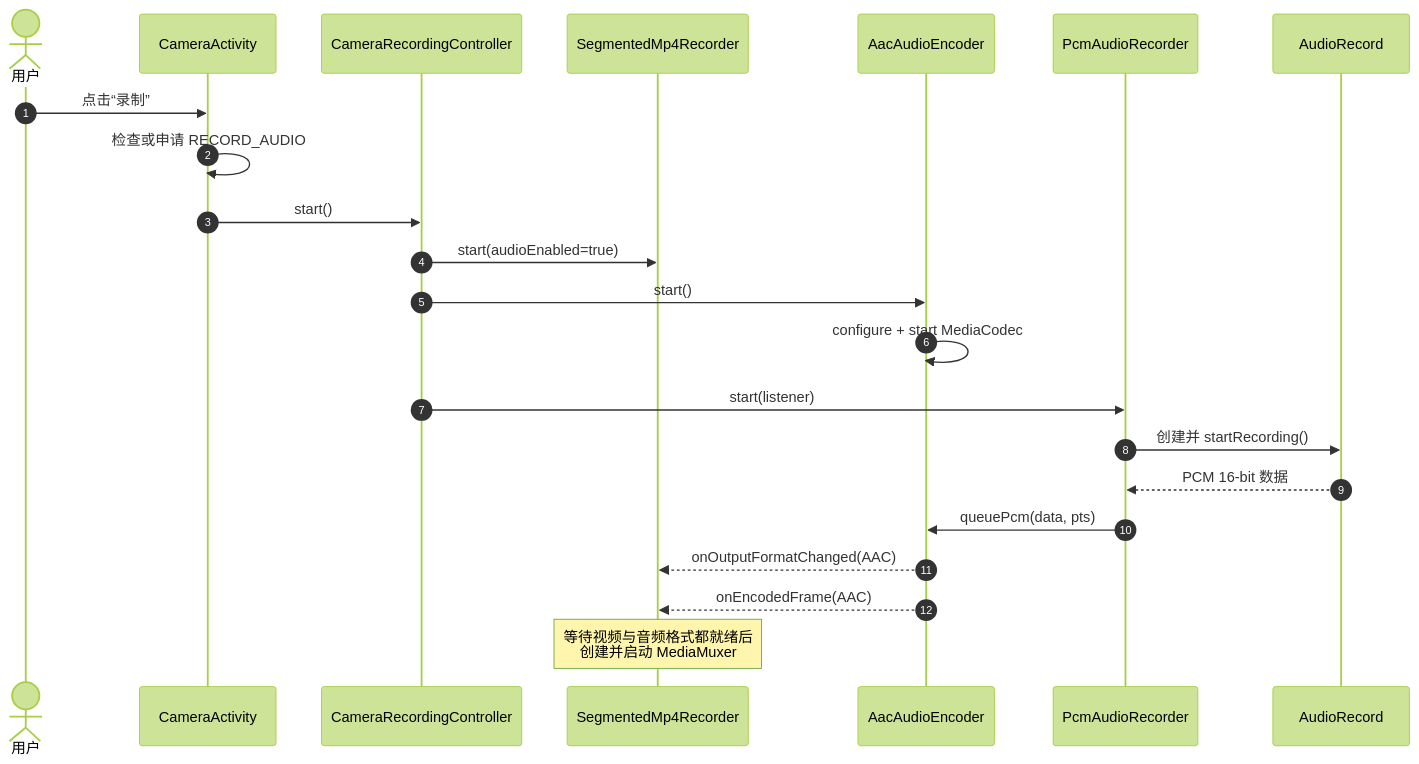
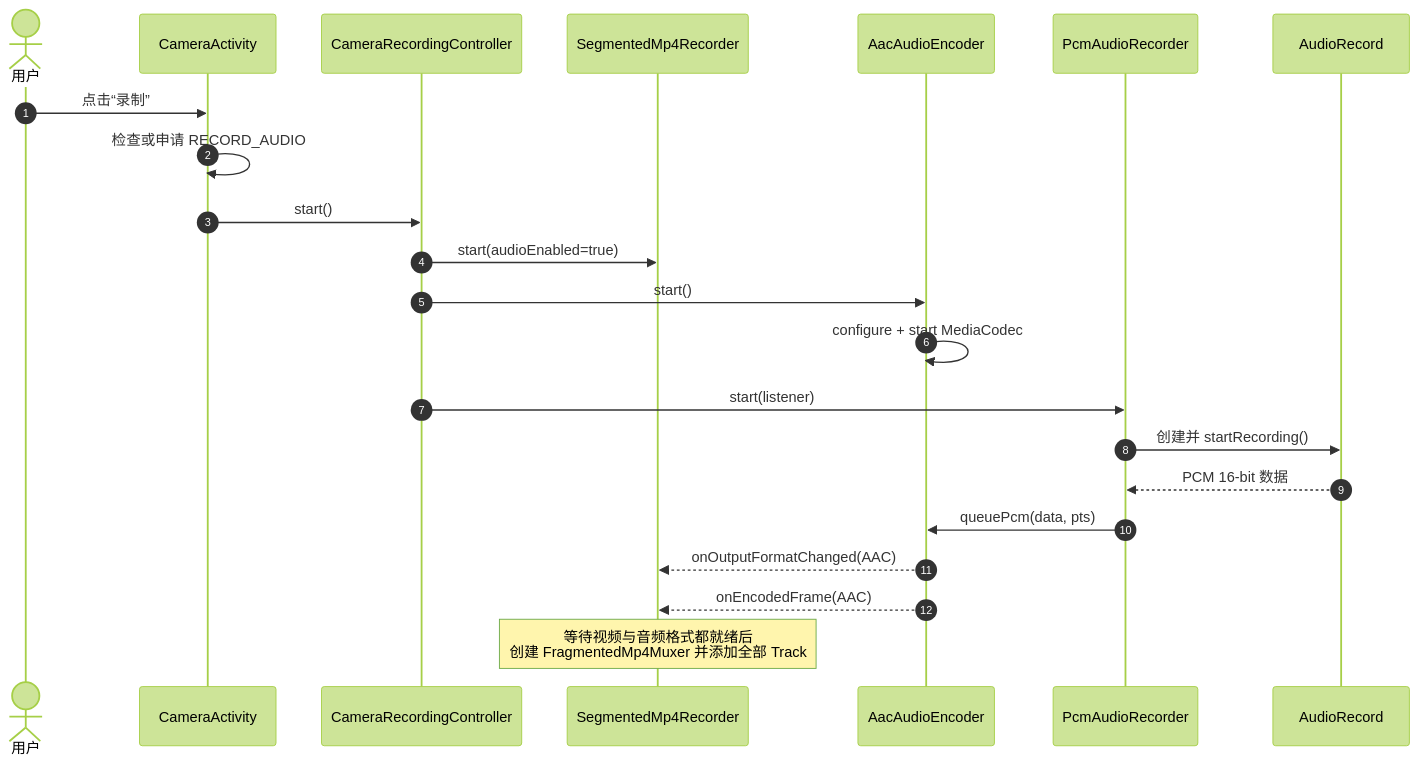
The fourth of 8 diagrams in docs/aac-recording-architecture.md (songzhixiang/BestScaffold), drawn with Mermaid (forest theme) before and after one commit. The commit also changed other lines of this file and 9 other files, not shown here.

````diff
--- a/docs/aac-recording-architecture.md
+++ b/docs/aac-recording-architecture.md
@@ -171,25 +171,25 @@
 ```mermaid
 sequenceDiagram
     autonumber
     actor User as 用户
     participant UI as CameraActivity
     participant RC as CameraRecordingController
     participant Mux as SegmentedMp4Recorder
     participant AAC as AacAudioEncoder
     participant PCM as PcmAudioRecorder
     participant AR as AudioRecord
 
     User->>UI: 点击“录制”
     UI->>UI: 检查或申请 RECORD_AUDIO
     UI->>RC: start()
     RC->>Mux: start(audioEnabled=true)
     RC->>AAC: start()
     AAC->>AAC: configure + start MediaCodec
     RC->>PCM: start(listener)
     PCM->>AR: 创建并 startRecording()
     AR-->>PCM: PCM 16-bit 数据
     PCM->>AAC: queuePcm(data, pts)
     AAC-->>Mux: onOutputFormatChanged(AAC)
     AAC-->>Mux: onEncodedFrame(AAC)
-    Note over Mux: 等待视频与音频格式都就绪后<br/>创建并启动 MediaMuxer
+    Note over Mux: 等待视频与音频格式都就绪后<br/>创建 FragmentedMp4Muxer 并添加全部 Track
 ```
````
